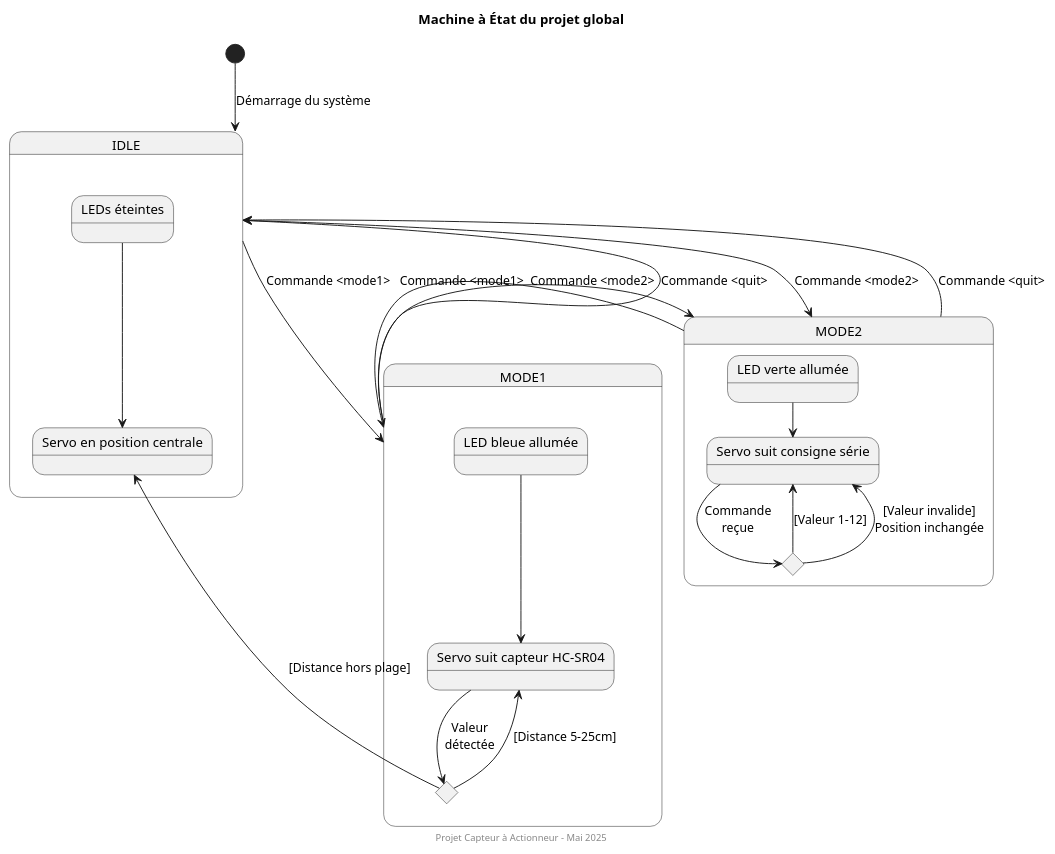
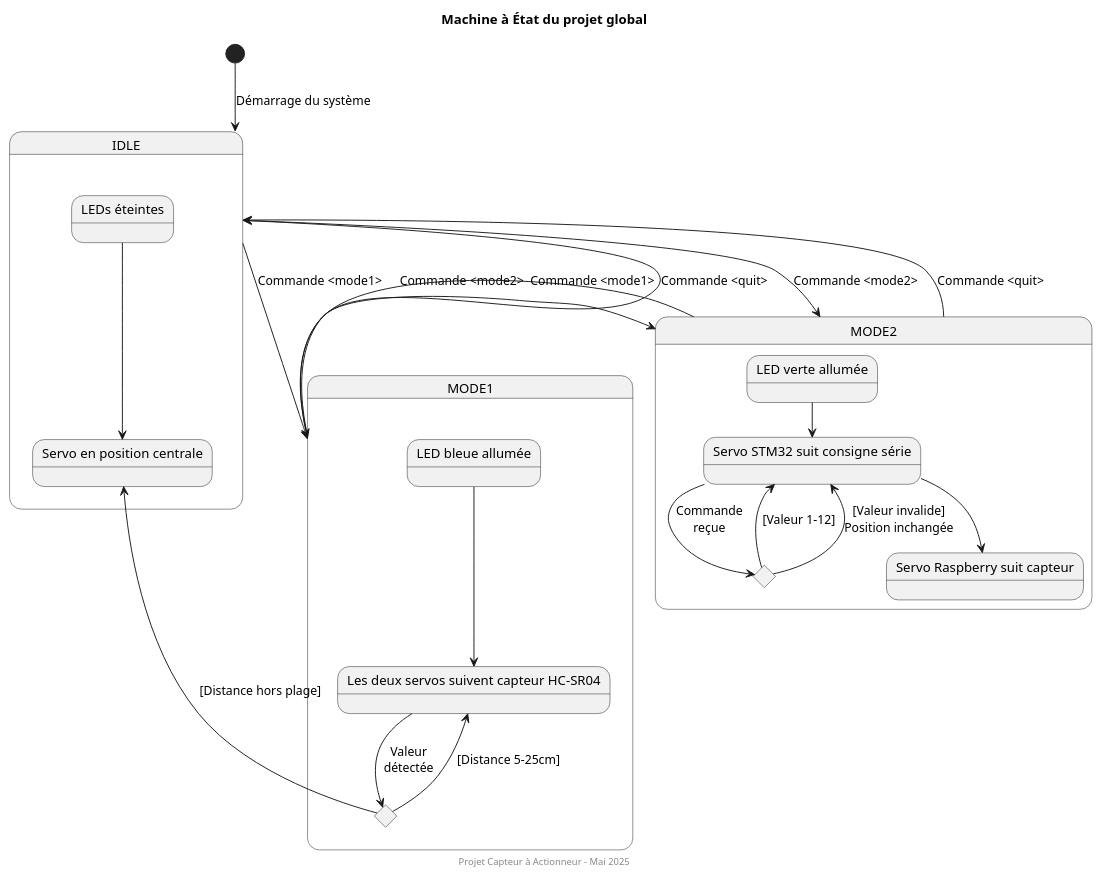
The diagram in doc-README/MAE.puml (AzTaiiyoo/Capteur_actionneur), drawn with PlantUML before and after one commit. The commit also changed 7 other files, not shown here.

```diff
--- a/doc-README/MAE.puml
+++ b/doc-README/MAE.puml
@@ -1,49 +1,52 @@
 @startuml
 
 title  Machine à État du projet global
 
 ' Point de départ plus explicite
 [*] -down-> idle : Démarrage du système
 
 ' État IDLE - pas de changement majeur nécessaire
 state "IDLE" as idle {
   state "LEDs éteintes" as idle_leds
   state "Servo en position centrale" as idle_servo
   idle_leds -down-> idle_servo
 }
 
 ' État MODE2
 state "MODE2" as mode2 {
   state "LED verte allumée" as mode2_led
-  state "Servo suit consigne série" as mode2_servo
-  mode2_led -down-> mode2_servo
+  state "Servo STM32 suit consigne série" as mode2_servo_stm
+  state "Servo Raspberry suit capteur" as mode2_servo_rasp
+  
+  mode2_led -down-> mode2_servo_stm
+  mode2_servo_stm -down-> mode2_servo_rasp
   
   state value_choice <<choice>>
-  mode2_servo -down-> value_choice : Commande\nreçue
-  value_choice -up-> mode2_servo : [Valeur 1-12]
-  value_choice -down-> mode2_servo : [Valeur invalide]\nPosition inchangée
+  mode2_servo_stm -right-> value_choice : Commande\nreçue
+  value_choice -up-> mode2_servo_stm : [Valeur 1-12]
+  value_choice -right-> mode2_servo_stm : [Valeur invalide]\nPosition inchangée
 }
 
 ' État MODE1
 state "MODE1" as mode1 {
   state "LED bleue allumée" as mode1_led
-  state "Servo suit capteur HC-SR04" as mode1_servo
+  state "Les deux servos suivent capteur HC-SR04" as mode1_servo
   mode1_led -down-> mode1_servo
   
   state mode1_choice <<choice>>
   mode1_servo -down-> mode1_choice : Valeur\ndétectée
   mode1_choice -up-> mode1_servo : [Distance 5-25cm]
   mode1_choice -right-> idle_servo : [Distance hors plage]
 }
 
 ' Transitions entre états principaux avec couleurs pour meilleure lisibilité
 idle -down-> mode2 : Commande <mode2>
 mode1 -up-> idle : Commande <quit>
 idle -up-> mode1 : Commande <mode1>
 mode2 -up-> idle : Commande <quit>
-mode1 -left-> mode2 : Commande <mode2>
-mode2 -left-> mode1 : Commande <mode1>
+mode1 -right-> mode2 : Commande <mode2>
+mode2 -right-> mode1 : Commande <mode1>
 
 footer Projet Capteur à Actionneur – Mai 2025
 
 @enduml
```
